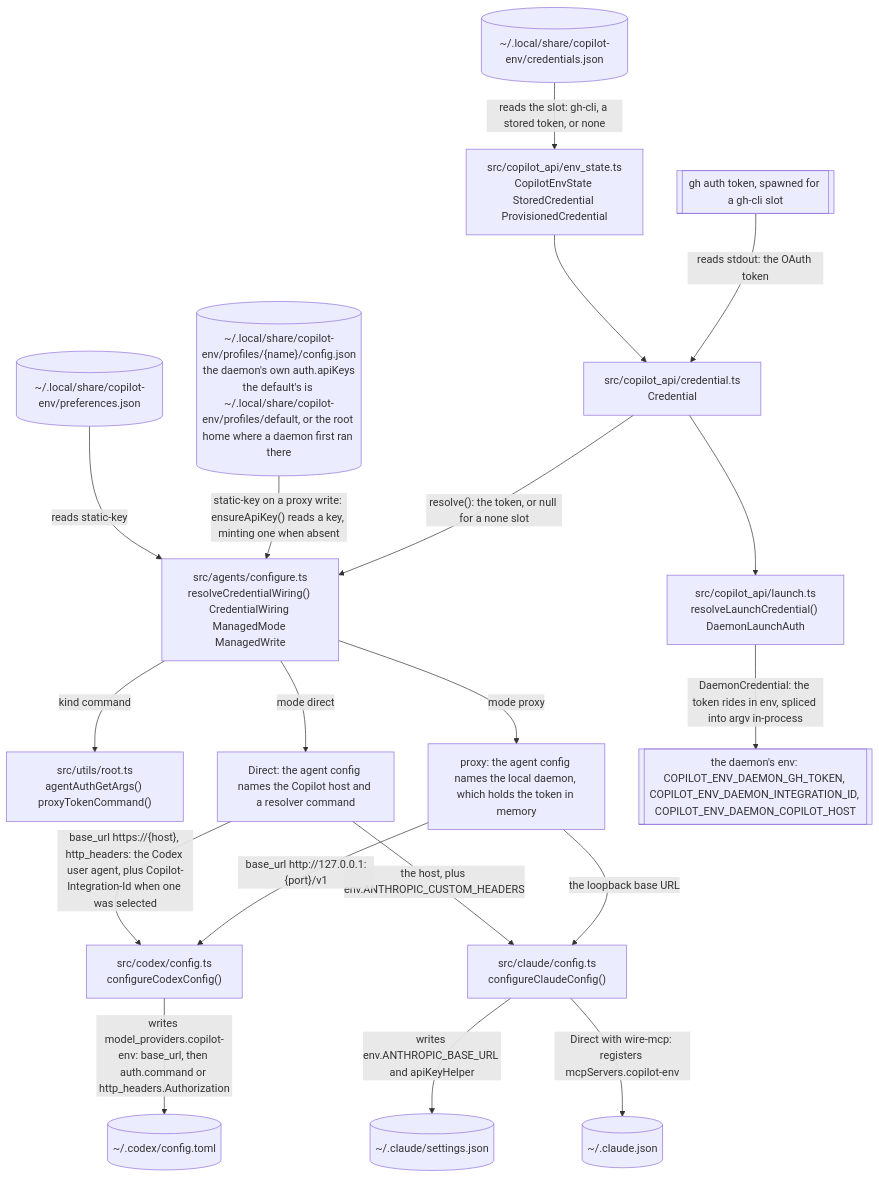
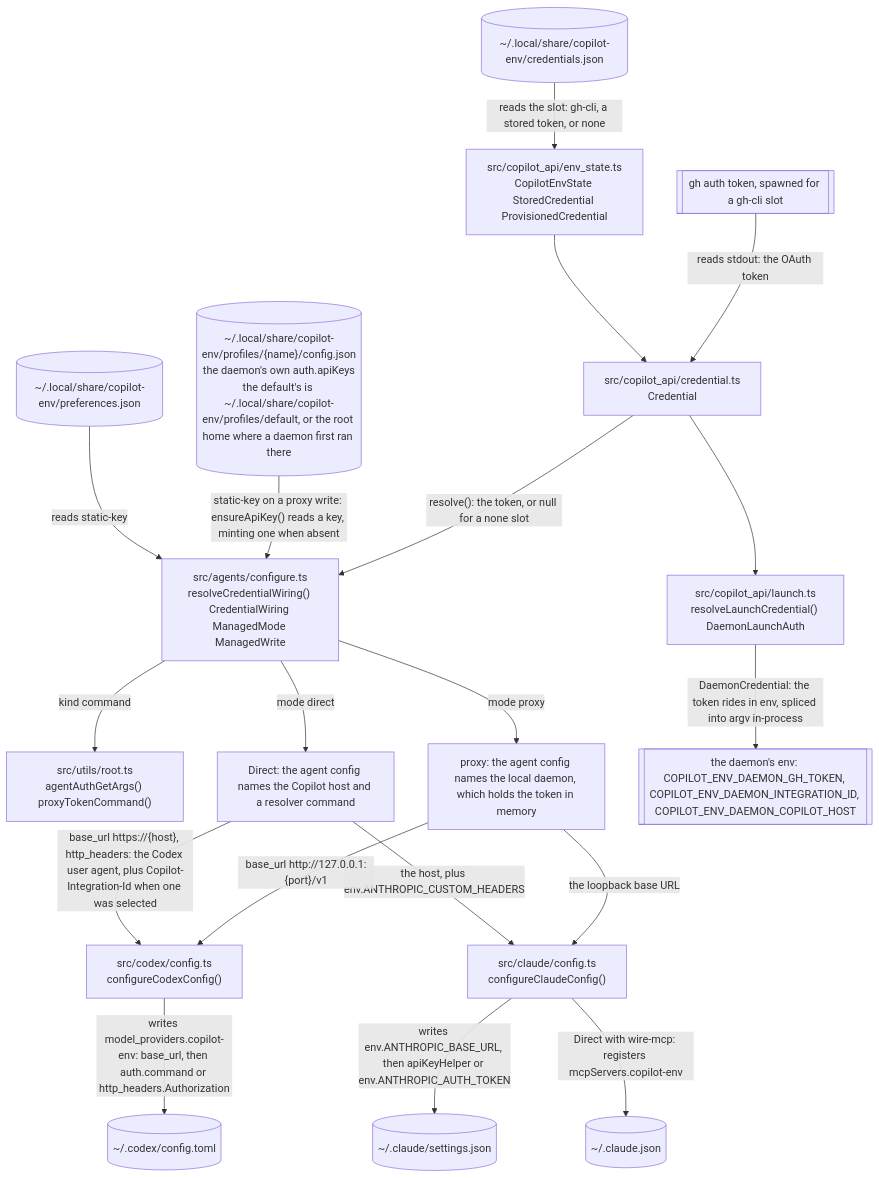
One commit to Vivswan/copilot-env changed the first of 8 diagrams in docs/architecture.md. Above: the diagram before and after it, drawn with Mermaid. The commit also changed other lines of this file, not shown here.

Commit message:
docs: split the Claude carrier and the named-launch writes the third round named

````diff
--- a/docs/architecture.md
+++ b/docs/architecture.md
@@ -15,38 +15,38 @@
 ```mermaid
 flowchart TD
   credfile[("~/.local/share/copilot-env/credentials.json")]
   prefs[("~/.local/share/copilot-env/preferences.json")]
   store["src/copilot_api/env_state.ts<br>CopilotEnvState StoredCredential ProvisionedCredential"]
   cred["src/copilot_api/credential.ts<br>Credential"]
   wiring["src/agents/configure.ts<br>resolveCredentialWiring() CredentialWiring ManagedMode ManagedWrite"]
   resolver["src/utils/root.ts<br>agentAuthGetArgs() proxyTokenCommand()"]
   direct["Direct: the agent config names the Copilot host and a resolver command"]
   proxy["proxy: the agent config names the local daemon, which holds the token in memory"]
   daemon["src/copilot_api/launch.ts<br>resolveLaunchCredential() DaemonLaunchAuth"]
   proxycfg[("~/.local/share/copilot-env/profiles/{name}/config.json<br>the daemon's own auth.apiKeys<br>the default's is ~/.local/share/copilot-env/profiles/default, or the root home where a daemon first ran there")]
   gh[["gh auth token, spawned for a gh-cli slot"]]
   claudejson[("~/.claude.json")]
   codexw["src/codex/config.ts<br>configureCodexConfig()"]
   claudew["src/claude/config.ts<br>configureClaudeConfig()"]
   codexfile[("~/.codex/config.toml")]
   claudefile[("~/.claude/settings.json")]
   daemonenv[["the daemon's env: COPILOT_ENV_DAEMON_GH_TOKEN, COPILOT_ENV_DAEMON_INTEGRATION_ID, COPILOT_ENV_DAEMON_COPILOT_HOST"]]
   credfile -->|"reads the slot: gh-cli, a stored token, or none"| store
   prefs -->|"reads static-key"| wiring
   proxycfg -->|"static-key on a proxy write: ensureApiKey() reads a key, minting one when absent"| wiring
   store --> cred
   gh -->|"reads stdout: the OAuth token"| cred
   cred -->|"resolve(): the token, or null for a none slot"| wiring
   wiring -->|"kind command"| resolver
   wiring -->|"mode direct"| direct
   wiring -->|"mode proxy"| proxy
   direct -->|"base_url https://{host}, http_headers: the Codex user agent, plus Copilot-Integration-Id when one was selected"| codexw
   direct -->|"the host, plus env.ANTHROPIC_CUSTOM_HEADERS"| claudew
   proxy -->|"base_url http://127.0.0.1:{port}/v1"| codexw
   proxy -->|"the loopback base URL"| claudew
   codexw -->|"writes model_providers.copilot-env: base_url, then auth.command or http_headers.Authorization"| codexfile
-  claudew -->|"writes env.ANTHROPIC_BASE_URL and apiKeyHelper"| claudefile
+  claudew -->|"writes env.ANTHROPIC_BASE_URL, then apiKeyHelper or env.ANTHROPIC_AUTH_TOKEN"| claudefile
   claudew -->|"Direct with wire-mcp: registers mcpServers.copilot-env"| claudejson
   cred --> daemon
   daemon -->|"DaemonCredential: the token rides in env, spliced into argv in-process"| daemonenv
 ```
````
